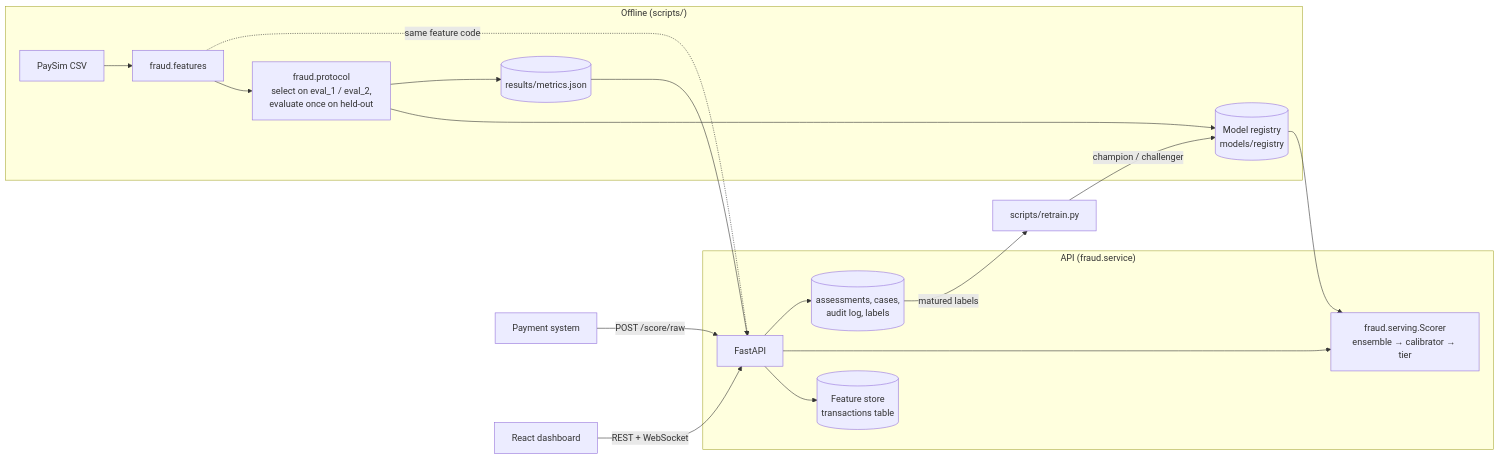
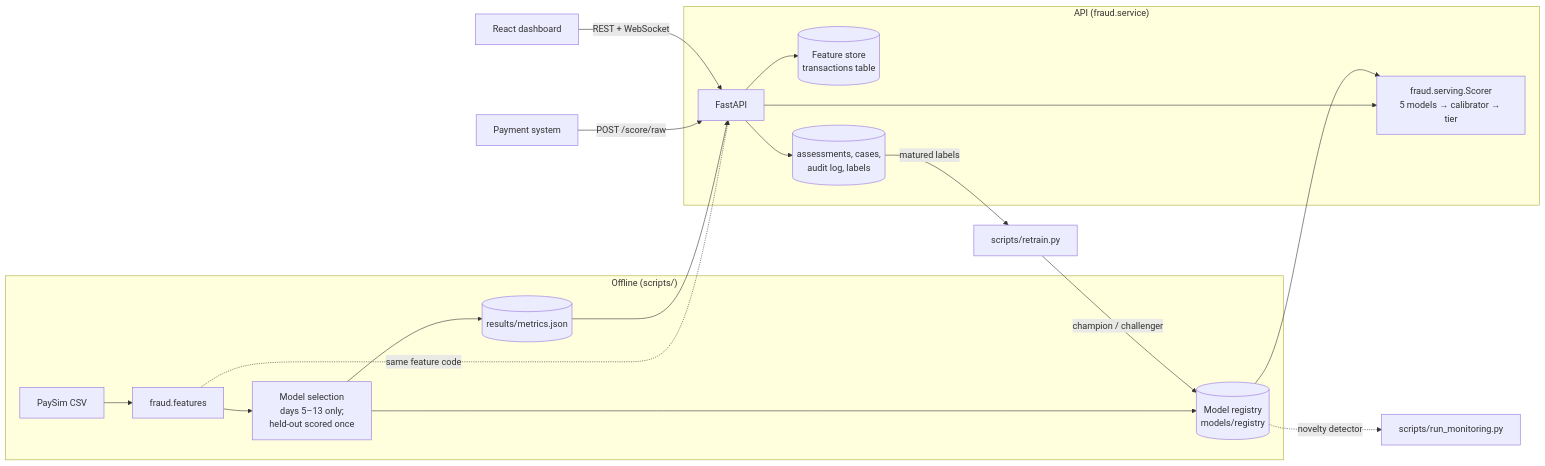
The diagram in README.md (anushka-saini/Cost-Aware-Fraud-Detection-with-Delay-Aware-Decisioning), drawn with Mermaid before and after one commit. The commit also changed other lines of this file and 1 other file, not shown here.

````diff
--- a/README.md
+++ b/README.md
@@ -78,21 +124,22 @@
 ```mermaid
 flowchart LR
     subgraph Offline["Offline (scripts/)"]
         raw[PaySim CSV] --> feat[fraud.features]
-        feat --> proto["fraud.protocol<br/>select on eval_1 / eval_2,<br/>evaluate once on held-out"]
+        feat --> proto["Model selection<br/>days 5–13 only;<br/>held-out scored once"]
         proto --> reg[(Model registry<br/>models/registry)]
         proto --> res[(results/metrics.json)]
     end
     subgraph Service["API (fraud.service)"]
         api[FastAPI] --> fs[(Feature store<br/>transactions table)]
-        api --> scorer["fraud.serving.Scorer<br/>ensemble → calibrator → tier"]
+        api --> scorer["fraud.serving.Scorer<br/>5 models → calibrator → tier"]
         api --> db[(assessments, cases,<br/>audit log, labels)]
     end
     reg --> scorer
     feat -. same feature code .-> api
     res --> api
     pay[Payment system] -- "POST /score/raw" --> api
     dash[React dashboard] -- "REST + WebSocket" --> api
     db -- matured labels --> retrain[scripts/retrain.py]
     retrain -- "champion / challenger" --> reg
+    reg -. novelty detector .-> mon[scripts/run_monitoring.py]
 ```
````
